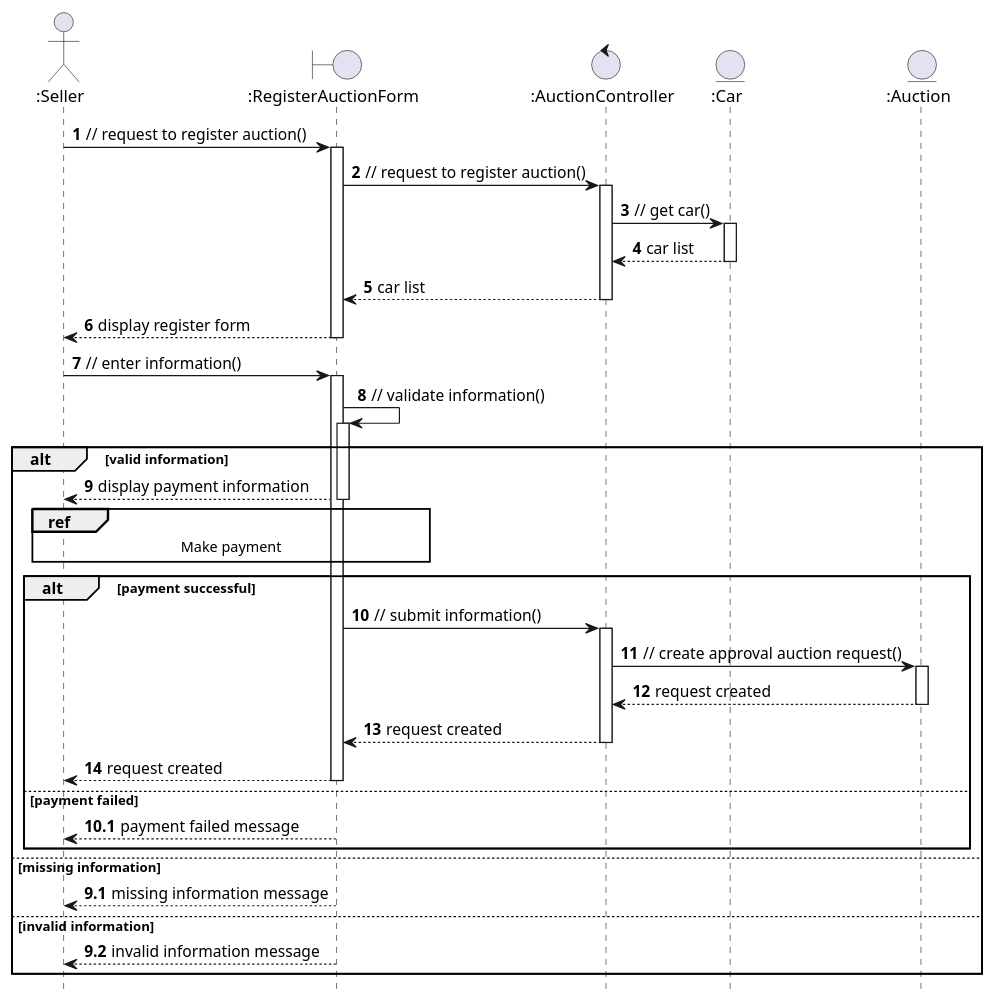
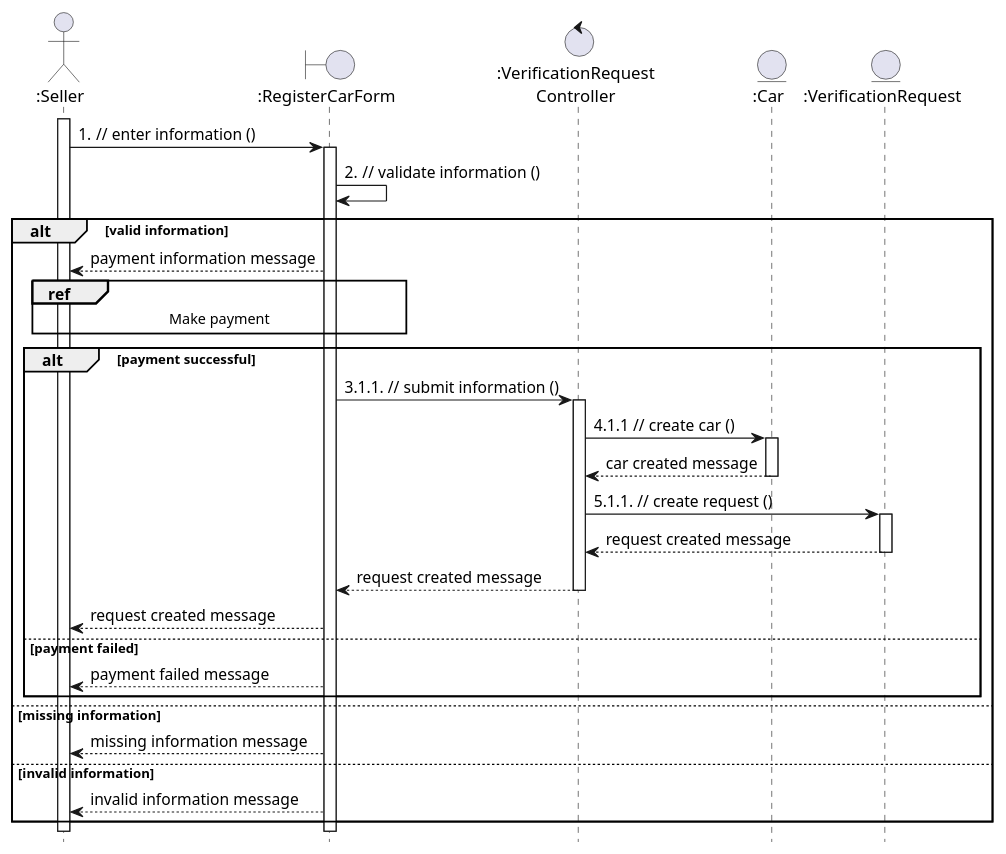
The diagram in uml/analysis/sequence/register-car.pu (anhbanlinhle/velocity-exchange), drawn with PlantUML before and after one commit. The commit also changed 13 other files, not shown here.

Commit message:
doc: update sequence and class analysis diagram new format

```diff
--- a/uml/analysis/sequence/register-car.pu
+++ b/uml/analysis/sequence/register-car.pu
@@ -1,42 +1,37 @@
 @startuml register_car
 hide footbox
 
 actor ":Seller" as seller
-boundary ":RegisterAuctionForm" as form
-control ":AuctionController" as controller
+boundary ":RegisterCarForm" as form
+control ":VerificationRequest\nController" as controller
 entity ":Car" as car
-entity ":Auction" as auction
+entity ":VerificationRequest" as request
 
-autonumber
-autoactivate on
+autonumber 1 1 "0."
 
-seller -> form : // request to register auction()
-form -> controller : // request to register auction()
-controller -> car : // get car()
-car --> controller : car list
-controller --> form : car list
-form --> seller : display register form
-seller -> form : // enter information()
-form -> form : // validate information()
+activate seller
+seller -> form ++: // enter information ()
+form -> form : // validate information ()
 
+autonumber stop
 alt valid information
-  form --> seller : display payment information
+  form --> seller : payment information message
   ref over seller, form : Make payment
   alt payment successful
-    form -> controller : // submit information()
-    controller -> auction : // create approval auction request()
-    auction --> controller : request created
-    controller --> form : request created
-    form --> seller : request created
+    form -> controller ++: 3.1.1. // submit information ()
+    controller -> car ++: 4.1.1 // create car ()
+    car --> controller --: car created message
+    controller -> request ++: 5.1.1. // create request ()
+    request --> controller --: request created message
+    controller --> form --: request created message
+    form --> seller : request created message
   else payment failed
-    autonumber 10.1
     form --> seller : payment failed message
   end
 else missing information
-  autonumber 9.1
   form --> seller : missing information message
 else invalid information
   form --> seller : invalid information message
 
 end
 @enduml
```
